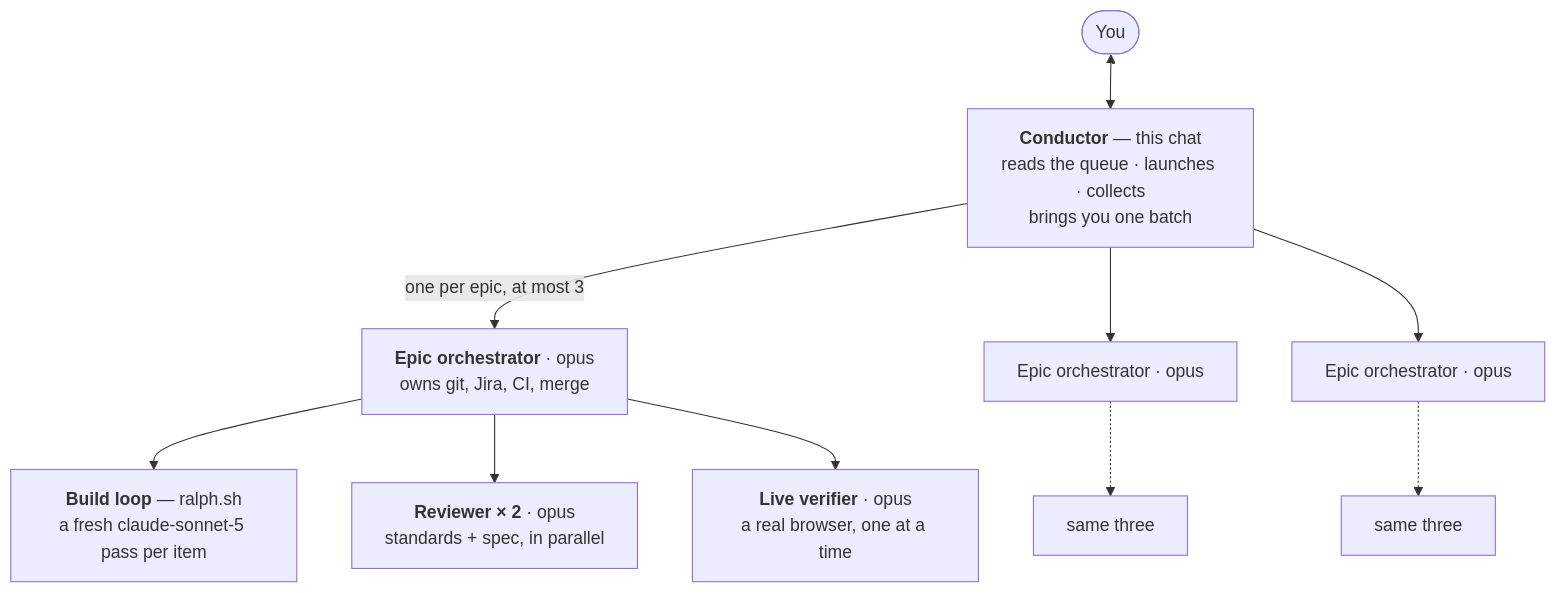
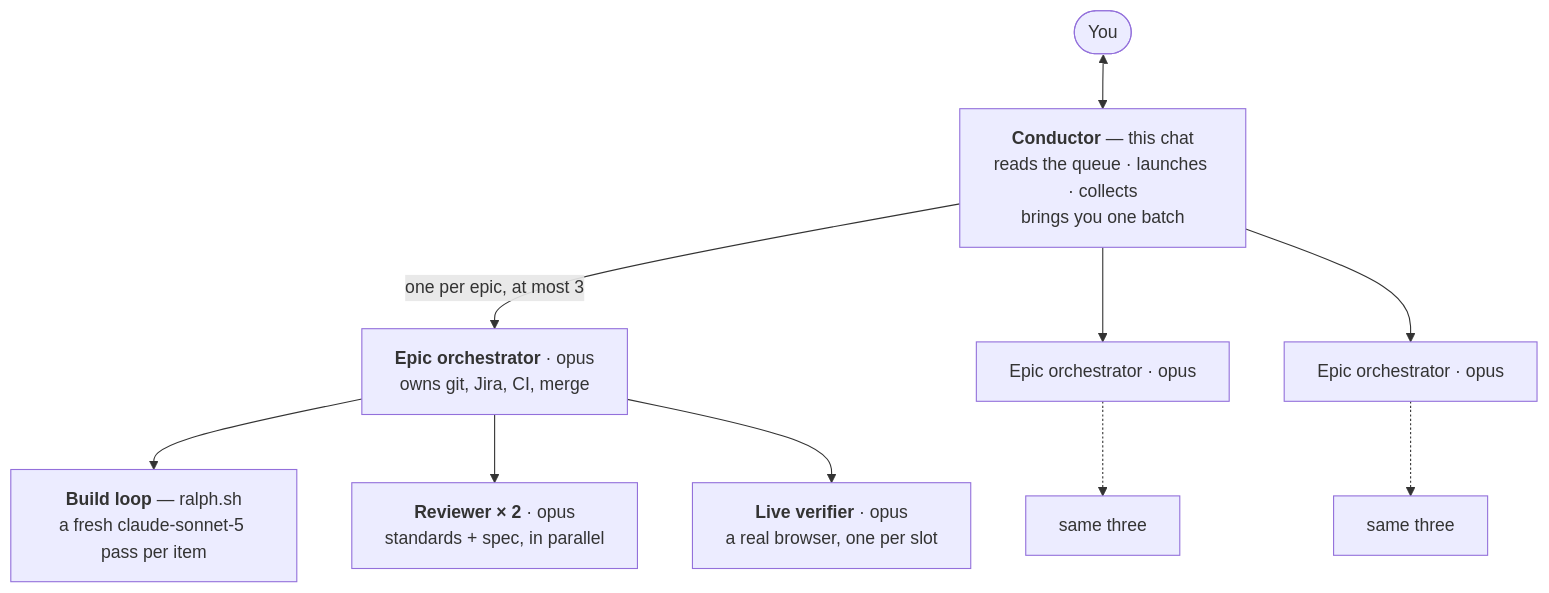
Before and after one commit to pfaff-designed/Pond-v4: the first of 3 diagrams in ship-epics/README.md, drawn with Mermaid. The commit also changed other lines of this file and 3 other files, not shown here.

Commit message:
fix: review — cleanup exits 0, the lock is the orchestrator's alone, verifiers load slot tools or fall back without a lock wait, signed-out has a handoff, stale shared-browser wording

````diff
--- a/ship-epics/README.md
+++ b/ship-epics/README.md
@@ -13,14 +13,14 @@
 ```mermaid
 flowchart TD
     U(["You"])
     C["<b>Conductor</b> — this chat<br/>reads the queue · launches · collects<br/>brings you one batch"]
     U <--> C
     C -->|"one per epic, at most 3"| O1["<b>Epic orchestrator</b> · opus<br/>owns git, Jira, CI, merge"]
     C --> O2["Epic orchestrator · opus"]
     C --> O3["Epic orchestrator · opus"]
     O1 --> BL["<b>Build loop</b> — ralph.sh<br/>a fresh claude-sonnet-5 pass per item"]
     O1 --> RV["<b>Reviewer × 2</b> · opus<br/>standards + spec, in parallel"]
-    O1 --> VE["<b>Live verifier</b> · opus<br/>a real browser, one at a time"]
+    O1 --> VE["<b>Live verifier</b> · opus<br/>a real browser, one per slot"]
     O2 -.-> D1["same three"]
     O3 -.-> D2["same three"]
 ```
````
